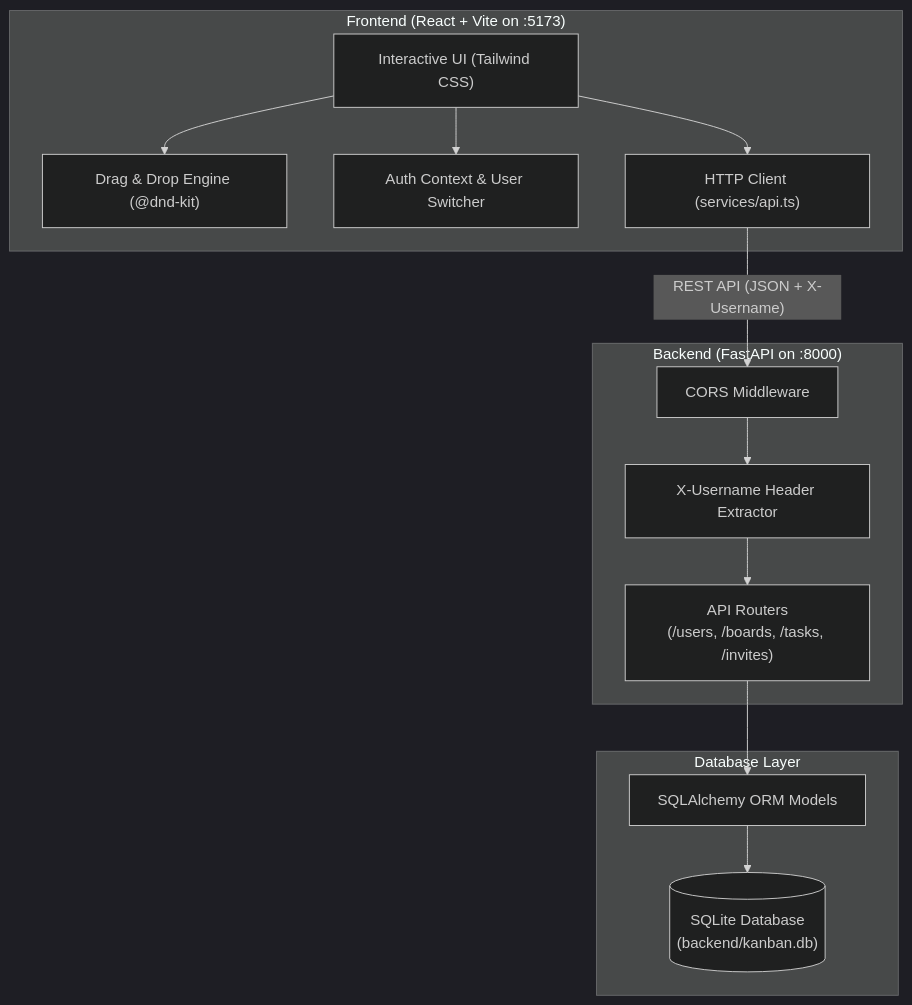
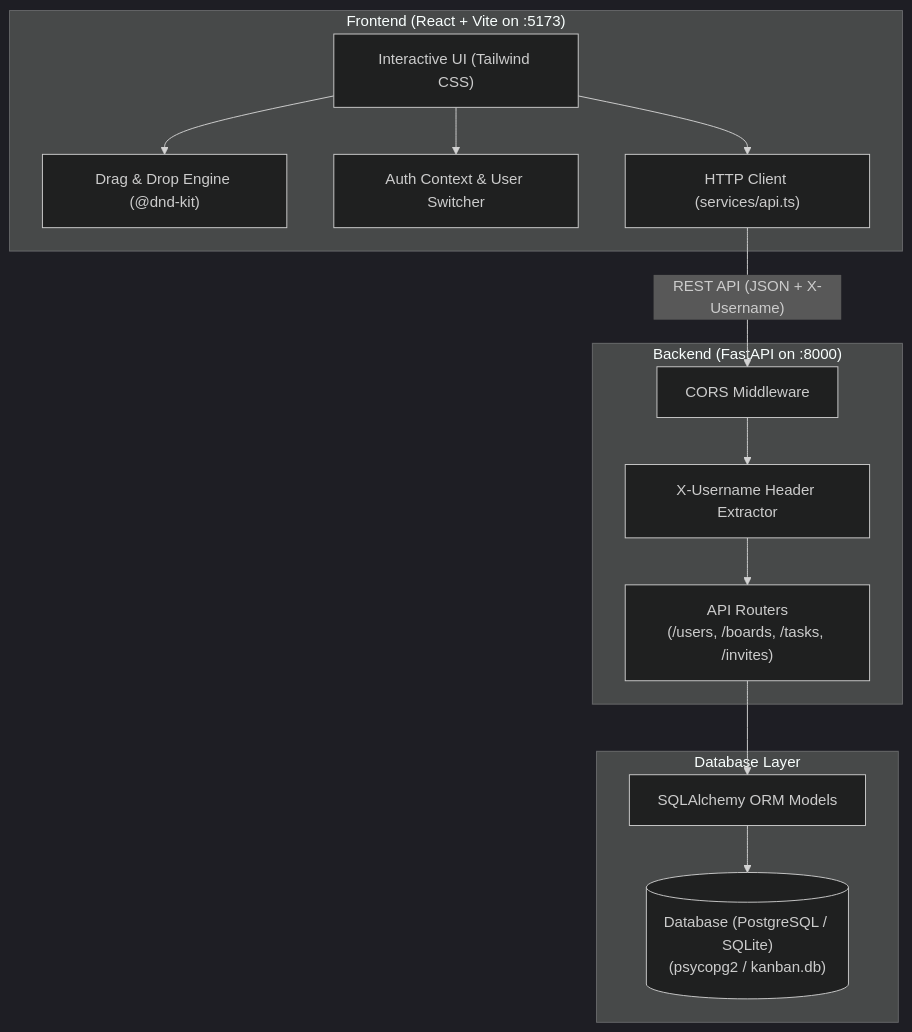
The first of 3 diagrams in README.md (rfhfmnn/kanban-bro), drawn with Mermaid (dark theme) before and after one commit. The commit also changed other lines of this file and 9 other files, not shown here.

Commit message:
feat(backend): add PostgreSQL support with psycopg2 and flexible config

````diff
--- a/README.md
+++ b/README.md
@@ -91,29 +132,29 @@
 ```mermaid
 graph TD
     subgraph Client ["Frontend (React + Vite on :5173)"]
         UI["Interactive UI (Tailwind CSS)"]
         DND["Drag & Drop Engine (@dnd-kit)"]
         Auth["Auth Context & User Switcher"]
         ApiClient["HTTP Client (services/api.ts)"]
         UI --> Auth
         UI --> DND
         UI --> ApiClient
     end
 
     subgraph Server ["Backend (FastAPI on :8000)"]
         CORS["CORS Middleware"]
         AuthHeader["X-Username Header Extractor"]
         Routers["API Routers\n(/users, /boards, /tasks, /invites)"]
         CORS --> AuthHeader
         AuthHeader --> Routers
     end
 
     subgraph Storage ["Database Layer"]
         ORM["SQLAlchemy ORM Models"]
-        DB[("SQLite Database\n(backend/kanban.db)")]
+        DB[("Database (PostgreSQL / SQLite)\n(psycopg2 / kanban.db)")]
         Routers --> ORM
         ORM --> DB
     end
 
     ApiClient -- "REST API (JSON + X-Username)" --> CORS
 ```
````
